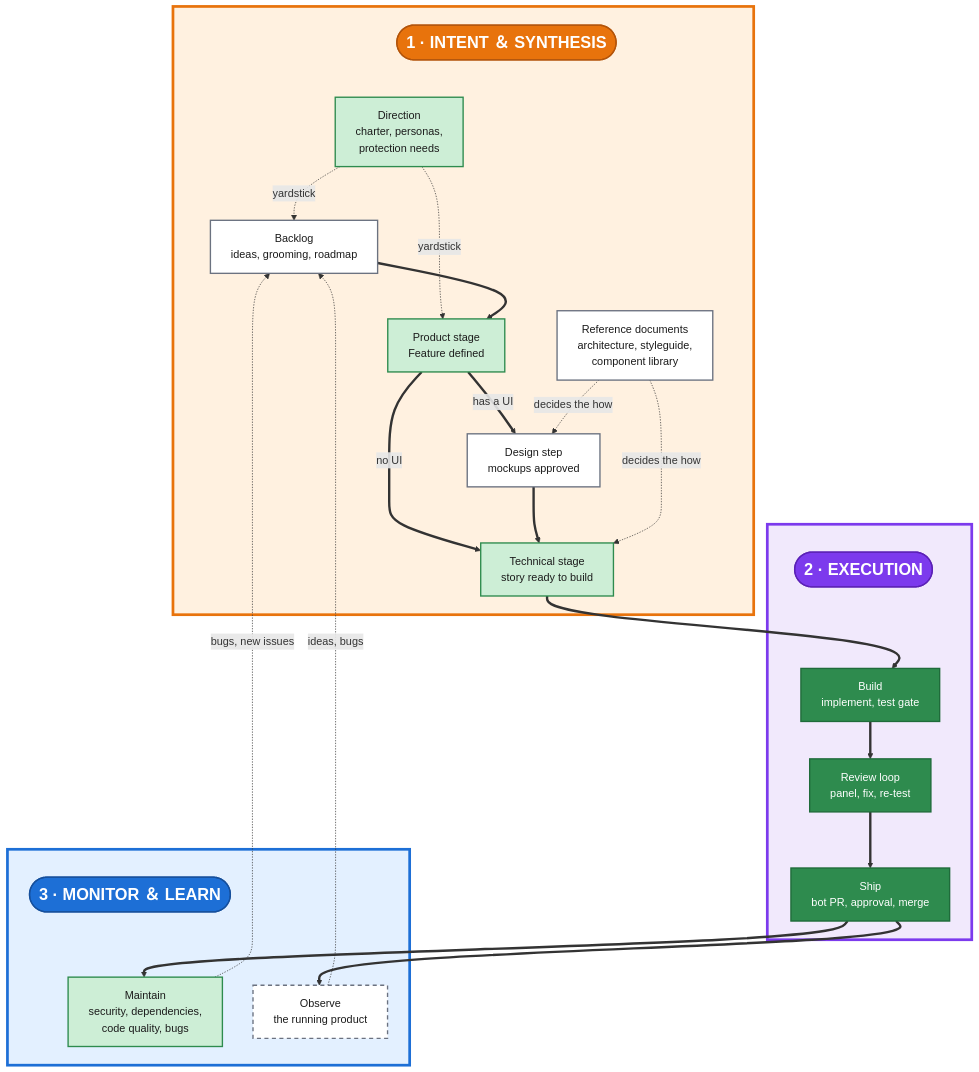
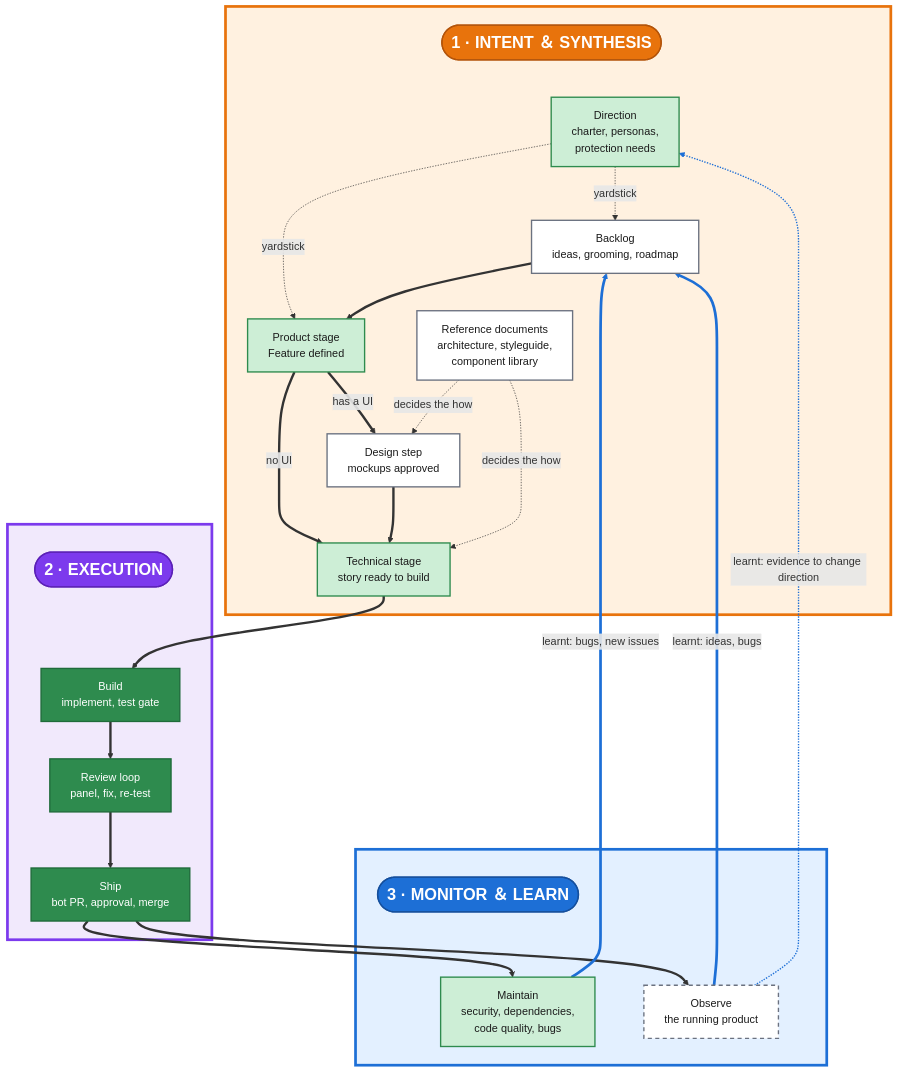
The diagram in docs/explanation/diagrams/delivery-loop.mmd (timo-jakob/timos-claude-code-plugins), drawn with Mermaid before and after one commit. The commit also changed 2 other files, not shown here.

Commit message:
docs(explanation): delivery loop — draw what is learnt flowing back into the first phase
The return path from Monitor and Learn is now a thick blue arrow into the
backlog, with a second one from Observe to the direction documents.

```diff
--- a/docs/explanation/diagrams/delivery-loop.mmd
+++ b/docs/explanation/diagrams/delivery-loop.mmd
@@ -1,55 +1,58 @@
 %%{init: {"flowchart": {"wrappingWidth": 700, "nodeSpacing": 45, "rankSpacing": 55}, "themeCSS": ".phaseIntent text, .phaseIntent tspan, .phaseExec text, .phaseExec tspan, .phaseLearn text, .phaseLearn tspan { font-weight: 700; letter-spacing: 1px; } .edgeLabel text, .edgeLabel tspan { font-size: 13px; }"}}%%
 flowchart TD
     classDef shipped fill:#2e8b4e,stroke:#1f6b3a,stroke-width:2px,color:#ffffff
     classDef partly fill:#cdeed6,stroke:#2e8b4e,stroke-width:2px,color:#1b1b1b
     classDef planned fill:#ffffff,stroke:#6b7280,stroke-width:2px,color:#1b1b1b
     classDef open fill:#ffffff,stroke:#6b7280,stroke-width:2px,color:#1b1b1b,stroke-dasharray:6 5
     classDef phaseIntent fill:#e8730c,stroke:#b3540a,stroke-width:2px,color:#ffffff,font-size:24px,font-weight:bold
     classDef phaseExec fill:#7c3aed,stroke:#5b21b6,stroke-width:2px,color:#ffffff,font-size:24px,font-weight:bold
     classDef phaseLearn fill:#1d6fd6,stroke:#154f9c,stroke-width:2px,color:#ffffff,font-size:24px,font-weight:bold
 
     subgraph INTENT[" "]
         P1(["1 · INTENT ＆ SYNTHESIS"]):::phaseIntent
         DIR["Direction<br/>charter, personas,<br/>protection needs"]:::partly
         BACKLOG["Backlog<br/>ideas, grooming, roadmap"]:::planned
         DEFINE["Product stage<br/>Feature defined"]:::partly
         DESIGN["Design step<br/>mockups approved"]:::planned
         REFDOC["Reference documents<br/>architecture, styleguide,<br/>component library"]:::planned
         READY["Technical stage<br/>story ready to build"]:::partly
     end
 
     subgraph EXEC[" "]
         P2(["2 · EXECUTION"]):::phaseExec
         BUILD["Build<br/>implement, test gate"]:::shipped
         REVIEW["Review loop<br/>panel, fix, re-test"]:::shipped
         SHIP["Ship<br/>bot PR, approval, merge"]:::shipped
     end
 
     subgraph LEARN[" "]
         P3(["3 · MONITOR ＆ LEARN"]):::phaseLearn
         MAINT["Maintain<br/>security, dependencies,<br/>code quality, bugs"]:::partly
         OBSERVE["Observe<br/>the running product"]:::open
     end
 
     P1 ~~~ DIR
     P1 ~~~ REFDOC
     P2 ~~~ BUILD
     P3 ~~~ MAINT
     P3 ~~~ OBSERVE
     DIR -. yardstick .-> BACKLOG
     DIR -. yardstick .-> DEFINE
     BACKLOG ==> DEFINE
     DEFINE == "has a UI" ==> DESIGN
     DEFINE == "no UI" ==> READY
     DESIGN ==> READY
     REFDOC -. "decides the how" .-> DESIGN
     REFDOC -. "decides the how" .-> READY
     READY ==> BUILD ==> REVIEW ==> SHIP
     SHIP ==> MAINT
     SHIP ==> OBSERVE
-    MAINT -. "bugs, new issues" .-> BACKLOG
-    OBSERVE -. "ideas, bugs" .-> BACKLOG
+    MAINT == "learnt: bugs, new issues" ==> BACKLOG
+    OBSERVE == "learnt: ideas, bugs" ==> BACKLOG
+    OBSERVE -. "learnt: evidence to change direction" .-> DIR
 
     style INTENT fill:#fff1e0,stroke:#e8730c,stroke-width:4px,color:#b3540a
     style EXEC fill:#f1e9fc,stroke:#7c3aed,stroke-width:4px,color:#5b21b6
     style LEARN fill:#e3f0ff,stroke:#1d6fd6,stroke-width:4px,color:#154f9c
+    linkStyle 18,19 stroke:#1d6fd6,stroke-width:4px
+    linkStyle 20 stroke:#1d6fd6,stroke-width:2px
```
